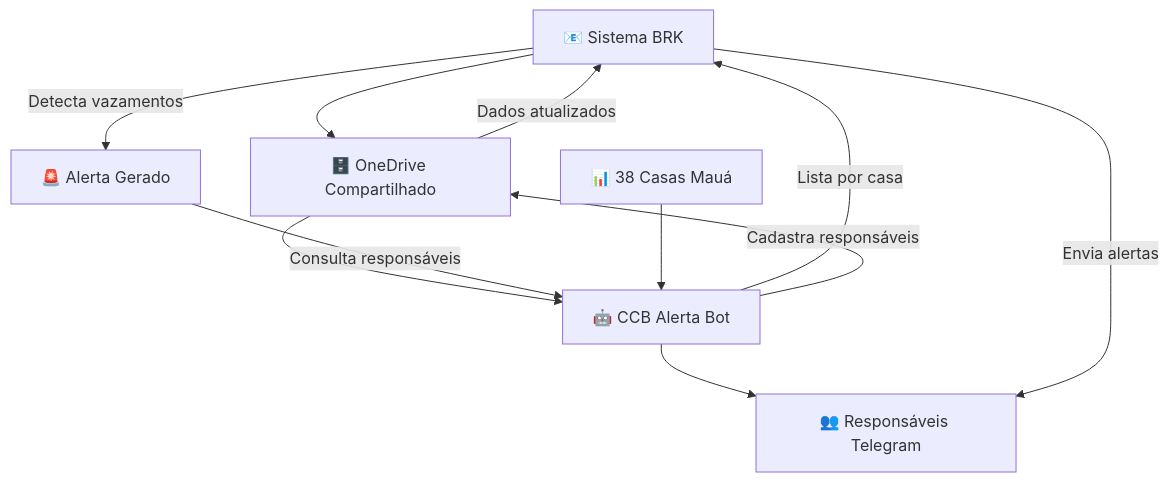
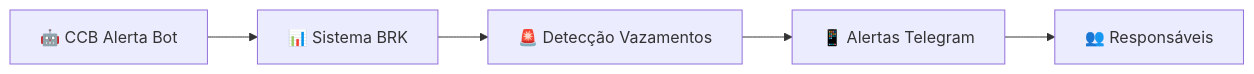
The diagram in readme_IA.md (teo1264/ccb-alerta-bot), drawn with Mermaid before and after one commit. The commit also changed other lines of this file, not shown here.

````diff
--- a/readme_IA.md
+++ b/readme_IA.md
@@ -13,15 +16,7 @@
 ```mermaid
-graph TD
-    A[📧 Sistema BRK] --> B[🗄️ OneDrive Compartilhado]
-    B --> C[🤖 CCB Alerta Bot]
-    C --> D[👥 Responsáveis Telegram]
-    
-    A --> |Detecta vazamentos| E[🚨 Alerta Gerado]
-    E --> |Consulta responsáveis| C
-    C --> |Lista por casa| A
-    A --> |Envia alertas| D
-    
-    F[📊 38 Casas Mauá] --> C
-    C --> |Cadastra responsáveis| B
-    B --> |Dados atualizados| A
+graph LR
+    A[🤖 CCB Alerta Bot] --> B[📊 Sistema BRK]
+    B --> C[🚨 Detecção Vazamentos]
+    C --> D[📱 Alertas Telegram]
+    D --> E[👥 Responsáveis]
 ```
````
